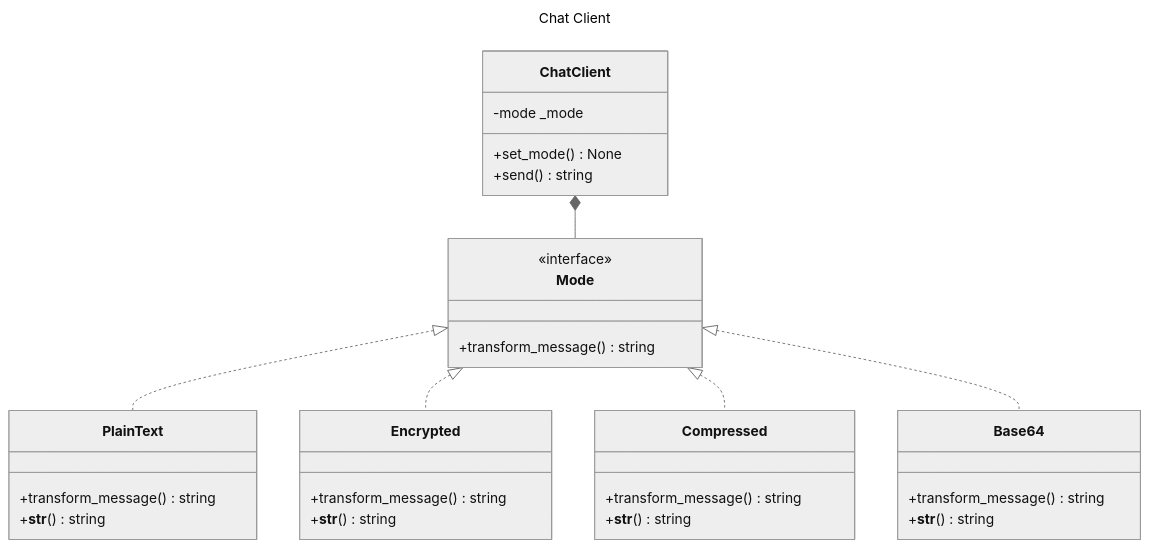
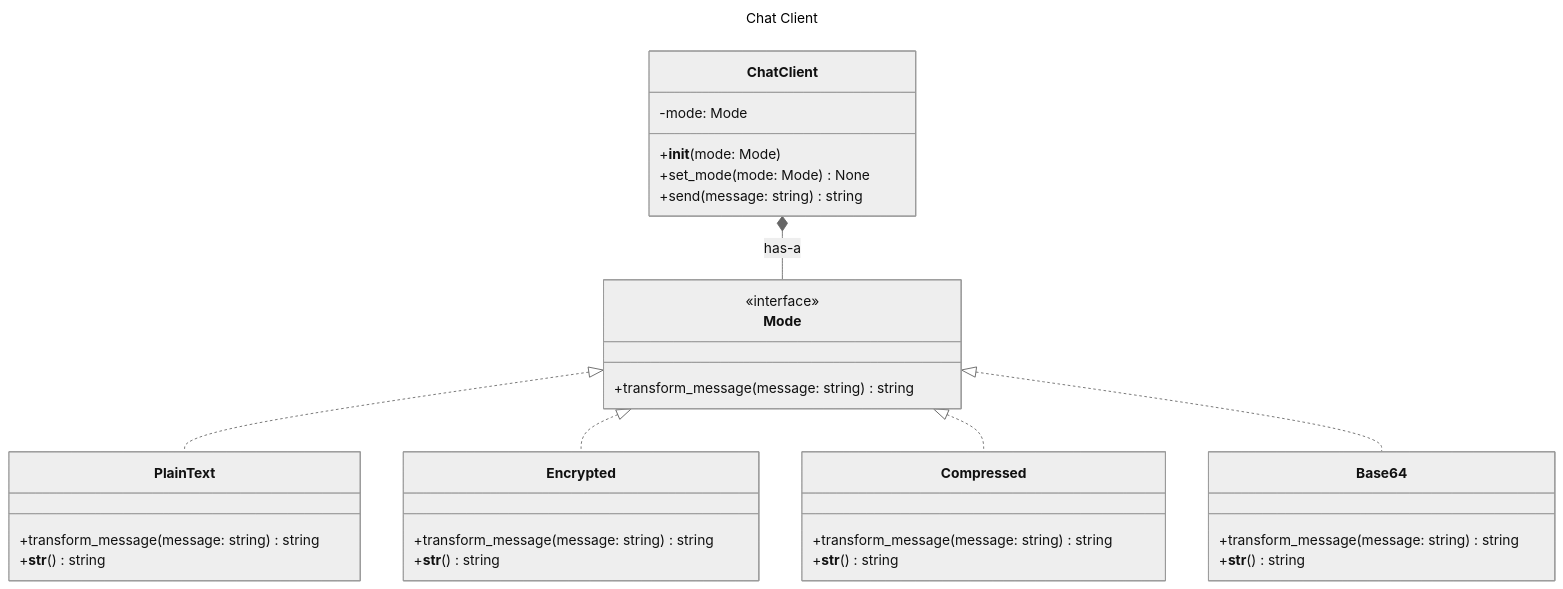
The diagram in hw2/diagram.mermaid (zaxor0/programming2), drawn with Mermaid (neutral theme) before and after one commit. The commit also changed other lines of this file and 1 other file, not shown here.

Commit message:
trying to get the diagram right

```diff
--- a/hw2/diagram.mermaid
+++ b/hw2/diagram.mermaid
@@ -1,34 +1,35 @@
 ---
 title: Chat Client
 ---
 classDiagram
-    ChatClient *-- Mode
+    ChatClient *-- Mode : has-a
     Mode <|.. PlainText
     Mode <|.. Encrypted
     Mode <|.. Compressed
     Mode <|.. Base64
     class ChatClient{
-        -mode _mode
-        +set_mode() None
-        +send() string
+        -mode: Mode
+        +__init__(mode: Mode)
+        +set_mode(mode: Mode) None
+        +send(message: string) string
     }
     class Mode{
         <<interface>>
-        +transform_message() string
+        +transform_message(message: string) string
     }
     class PlainText{
-        +transform_message() string
+        +transform_message(message: string) string
         +__str__() string
     }
     class Encrypted{
-        +transform_message() string
+        +transform_message(message: string) string
         +__str__() string
     }
     class Compressed{
-        +transform_message() string
+        +transform_message(message: string) string
         +__str__() string
     }
     class Base64{
-        +transform_message() string
+        +transform_message(message: string) string
         +__str__() string
     }
```
